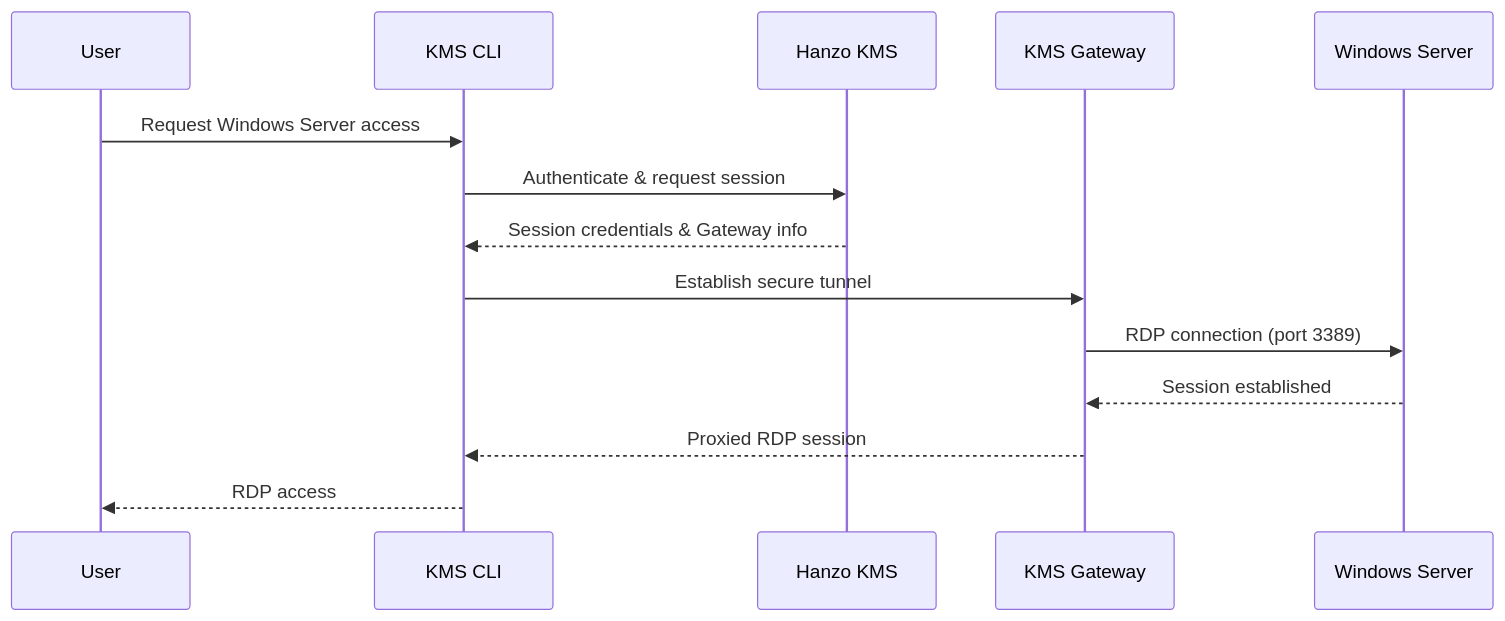
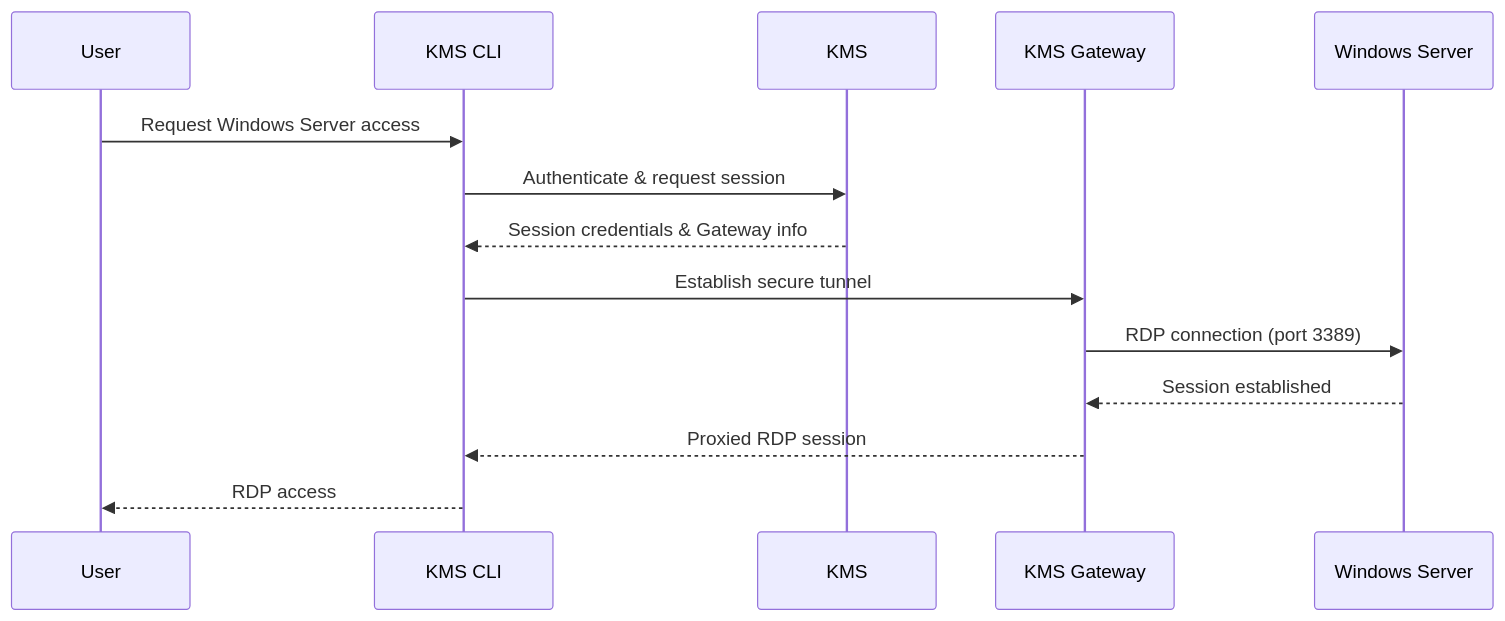
One commit to hanzoai/kms changed the diagram in docs/documentation/platform/pam/getting-started/resources/windows-server.mdx. Above: the diagram before and after it, drawn with Mermaid. The commit also changed other lines of this file and 855 other files, not shown here.

````diff
--- a/docs/documentation/platform/pam/getting-started/resources/windows-server.mdx
+++ b/docs/documentation/platform/pam/getting-started/resources/windows-server.mdx
@@ -14,17 +14,17 @@
 ```mermaid
 sequenceDiagram
     participant User
     participant CLI as KMS CLI
-    participant Hanzo KMS
+    participant KMS
     participant Gateway as KMS Gateway
     participant Windows as Windows Server
 
     User->>CLI: Request Windows Server access
-    CLI->>Hanzo KMS: Authenticate & request session
-    Hanzo KMS-->>CLI: Session credentials & Gateway info
+    CLI->>KMS: Authenticate & request session
+    KMS-->>CLI: Session credentials & Gateway info
     CLI->>Gateway: Establish secure tunnel
     Gateway->>Windows: RDP connection (port 3389)
     Windows-->>Gateway: Session established
     Gateway-->>CLI: Proxied RDP session
     CLI-->>User: RDP access
 ```
````
